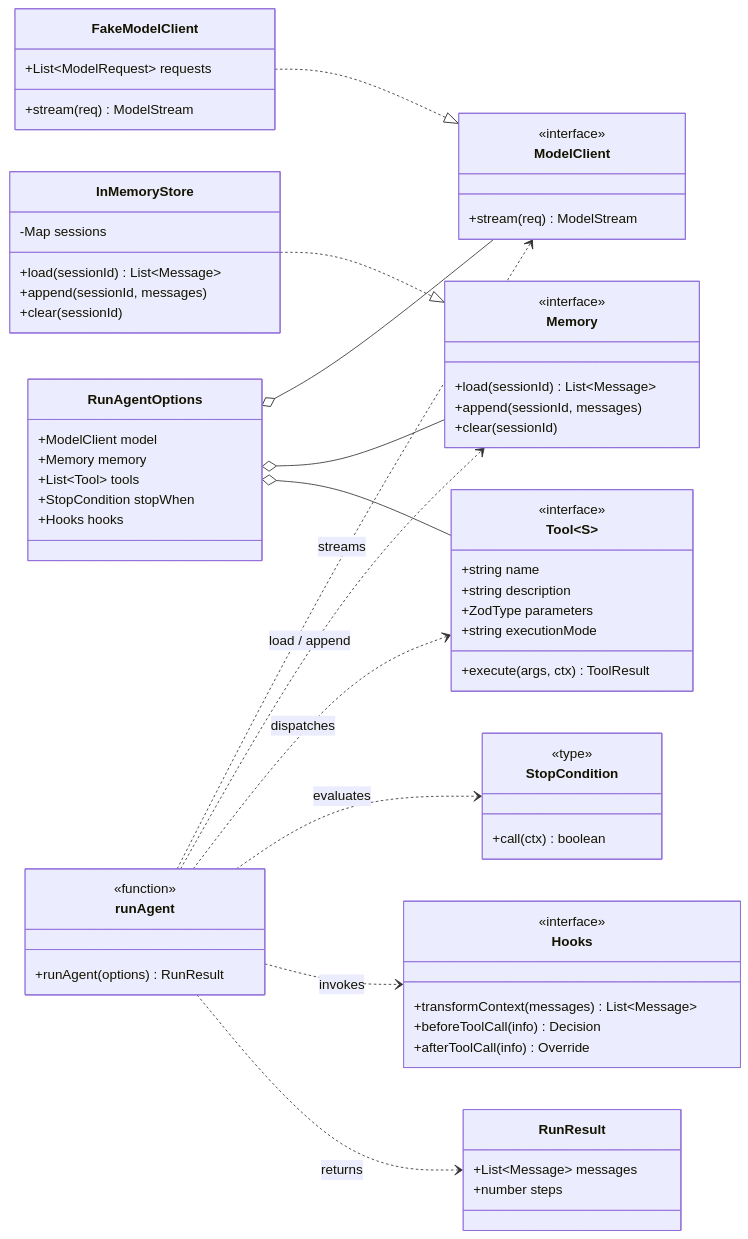
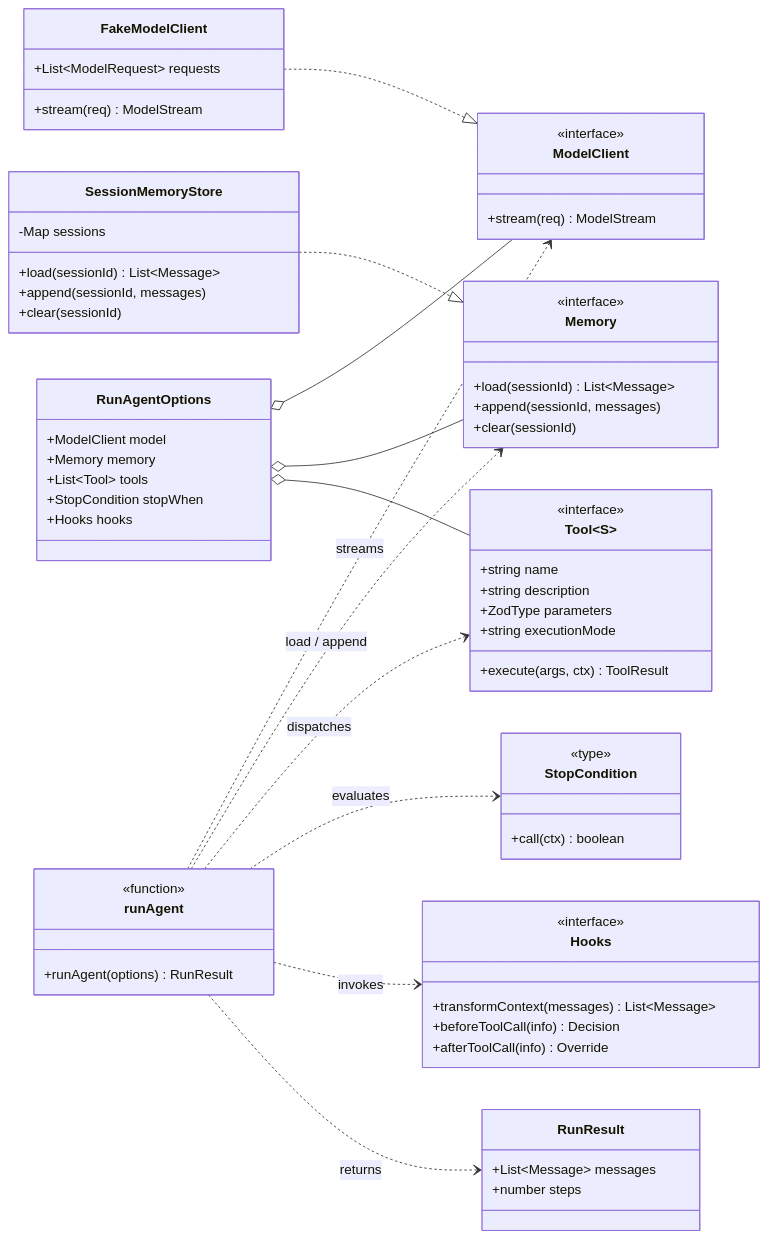
One commit to featherless-ai/open-agent-loops changed the fourth of 4 diagrams in agent-core/docs/architecture.md. Above: the diagram before and after it, drawn with Mermaid. The commit also changed other lines of this file and 8 other files, not shown here.

First line of the commit message:
Rename InMemoryStore to SessionMemoryStore

````diff
--- a/agent-core/docs/architecture.md
+++ b/agent-core/docs/architecture.md
@@ -131,72 +131,72 @@
 ```mermaid
 classDiagram
     direction LR
 
     class ModelClient {
         <<interface>>
         +stream(req) ModelStream
     }
     class Memory {
         <<interface>>
         +load(sessionId) List~Message~
         +append(sessionId, messages)
         +clear(sessionId)
     }
     class Tool~S~ {
         <<interface>>
         +string name
         +string description
         +ZodType parameters
         +string executionMode
         +execute(args, ctx) ToolResult
     }
     class StopCondition {
         <<type>>
         +call(ctx) boolean
     }
     class Hooks {
         <<interface>>
         +transformContext(messages) List~Message~
         +beforeToolCall(info) Decision
         +afterToolCall(info) Override
     }
 
     class FakeModelClient {
         +List~ModelRequest~ requests
         +stream(req) ModelStream
     }
-    class InMemoryStore {
+    class SessionMemoryStore {
         -Map sessions
         +load(sessionId) List~Message~
         +append(sessionId, messages)
         +clear(sessionId)
     }
 
     class runAgent {
         <<function>>
         +runAgent(options) RunResult
     }
     class RunAgentOptions {
         +ModelClient model
         +Memory memory
         +List~Tool~ tools
         +StopCondition stopWhen
         +Hooks hooks
     }
     class RunResult {
         +List~Message~ messages
         +number steps
     }
 
     FakeModelClient ..|> ModelClient
-    InMemoryStore ..|> Memory
+    SessionMemoryStore ..|> Memory
     runAgent ..> ModelClient : streams
     runAgent ..> Memory : load / append
     runAgent ..> Tool : dispatches
     runAgent ..> StopCondition : evaluates
     runAgent ..> Hooks : invokes
     runAgent ..> RunResult : returns
     RunAgentOptions o-- ModelClient
     RunAgentOptions o-- Memory
     RunAgentOptions o-- Tool
 ```
````
